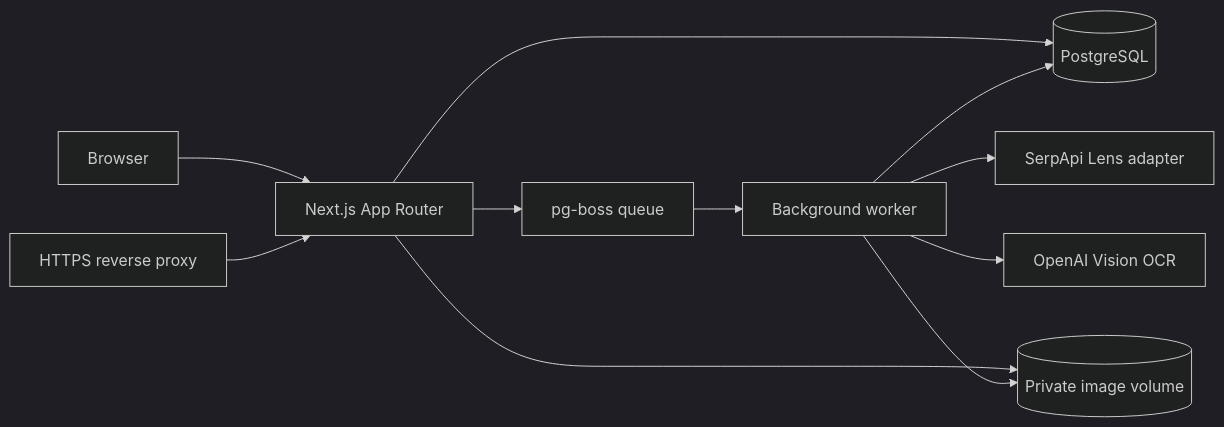
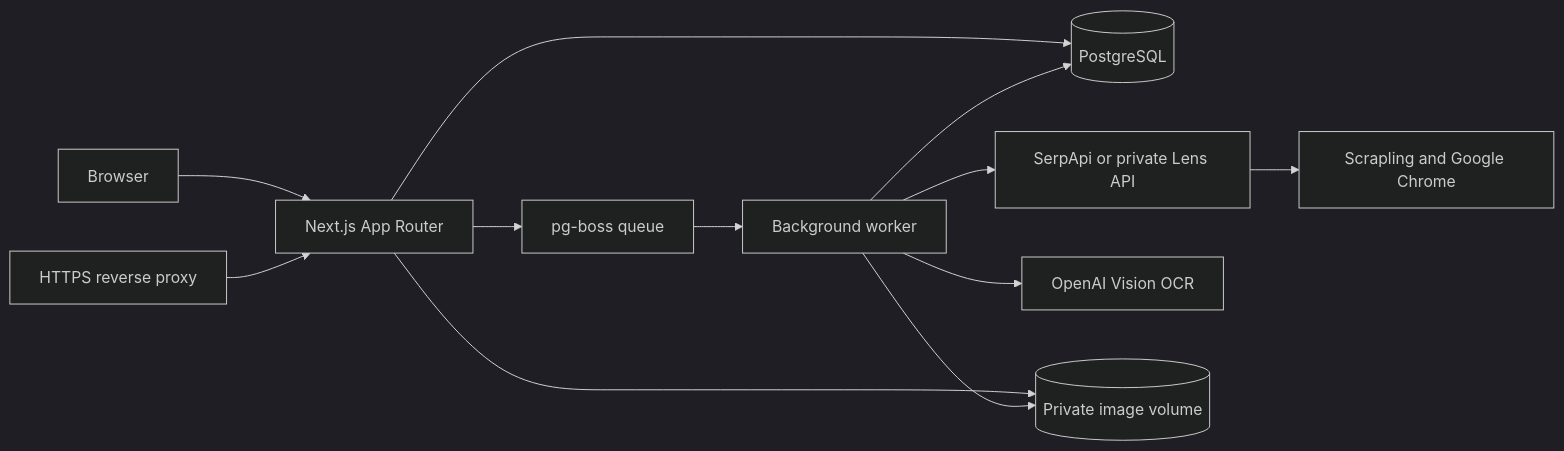
Before and after one commit to arslanbasharat-o-o/RMA-System: the second of 2 diagrams in README.md, drawn with Mermaid (dark theme). The commit also changed other lines of this file and 113 other files, not shown here.

Commit message:
Add Scrapling Lens production provider

````diff
--- a/README.md
+++ b/README.md
@@ -74,13 +74,14 @@
 ```mermaid
 flowchart LR
   Browser --> Web[Next.js App Router]
   Web --> DB[(PostgreSQL)]
   Web --> Queue[pg-boss queue]
   Queue --> Worker[Background worker]
-  Worker --> Lens[SerpApi Lens adapter]
+  Worker --> Lens[SerpApi or private Lens API]
+  Lens --> Scrapling[Scrapling and Google Chrome]
   Worker --> OCR[OpenAI Vision OCR]
   Worker --> DB
   Web --> Store[(Private image volume)]
   Worker --> Store
   Proxy[HTTPS reverse proxy] --> Web
 ```
````
